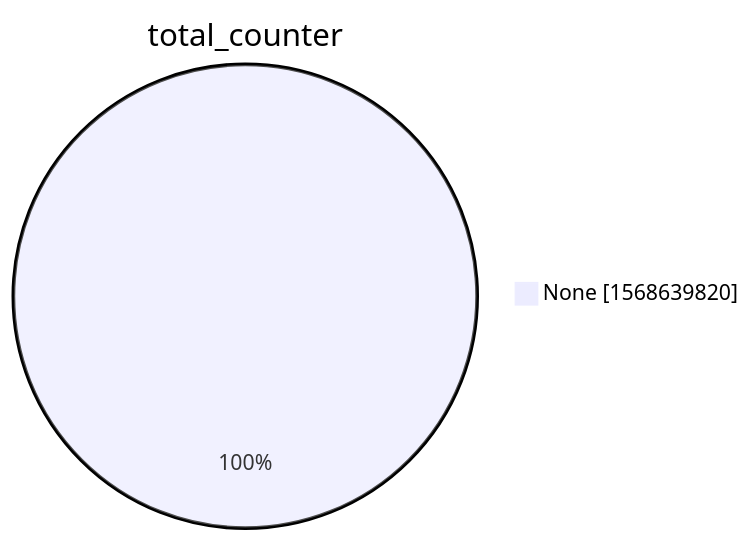
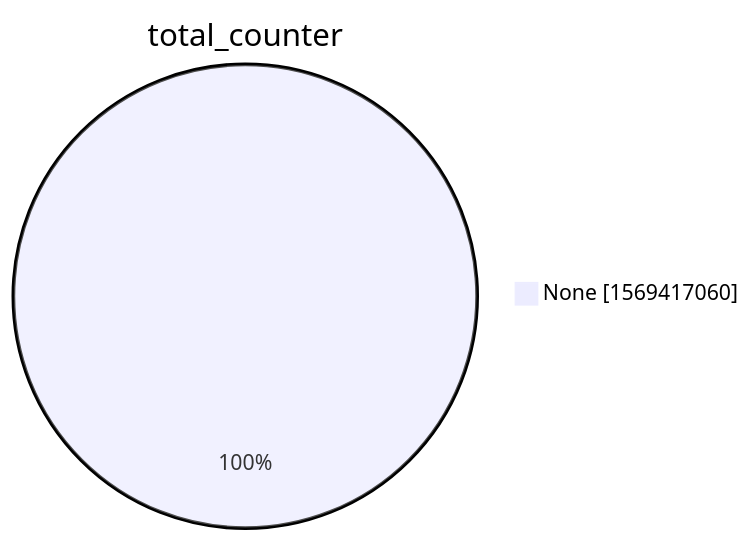
One commit to christiankrug/ctmonitor_visualization changed the second of 15 diagrams in xenon2022/README.md. Above: the diagram before and after it, drawn with Mermaid. The commit also changed other lines of this file, not shown here.

````diff
--- a/xenon2022/README.md
+++ b/xenon2022/README.md
@@ -9,5 +9,5 @@
 ```mermaid
 pie showData
 title total_counter
-"None" :1568639820
+"None" :1569417060
 ```
````
